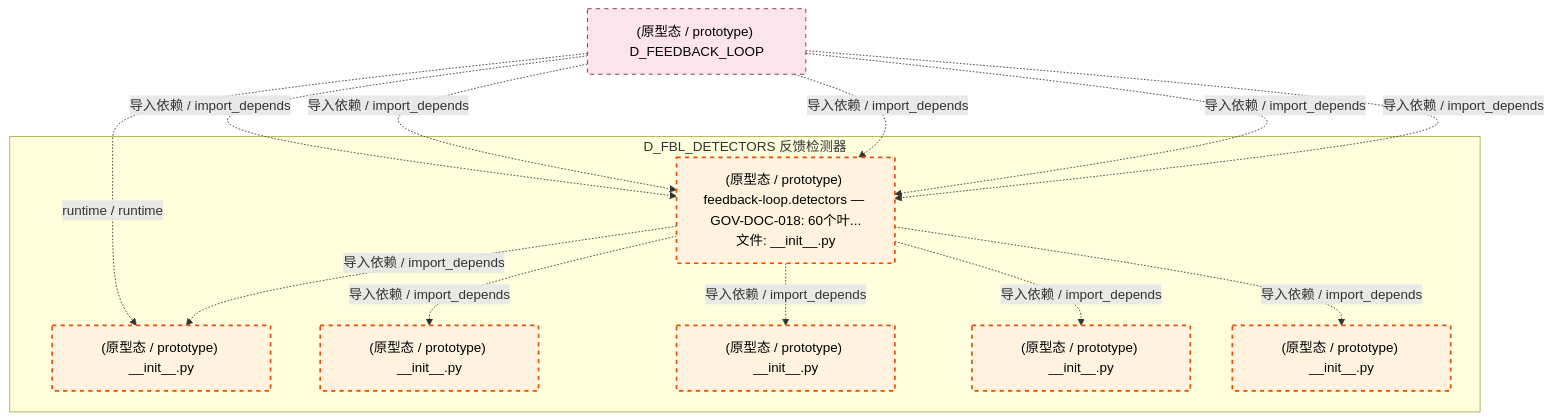
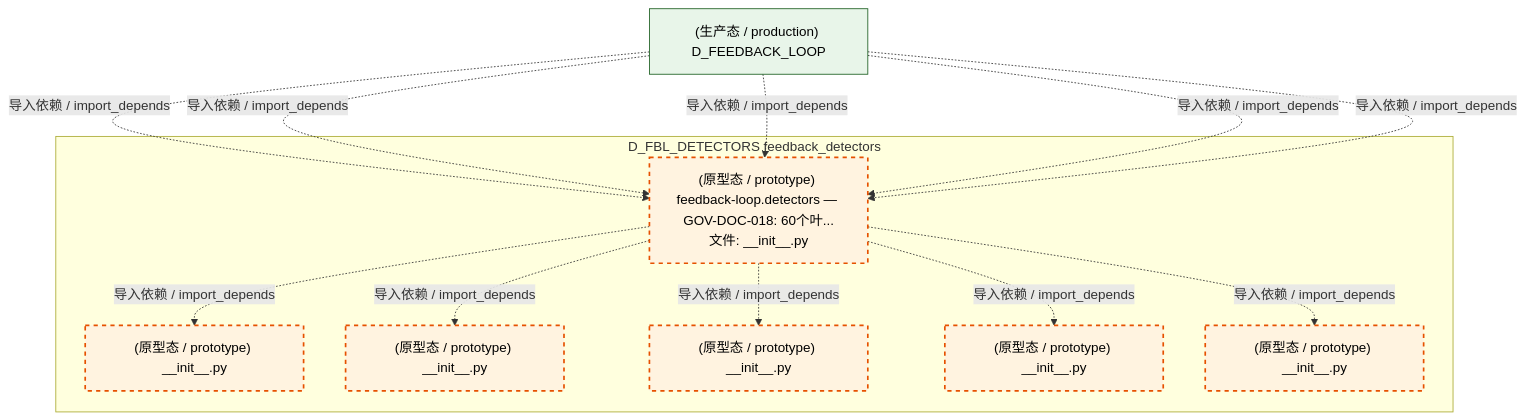
The fifth of 6 diagrams in docs/02_enterprise_architecture/02_domain_architecture_docs/11_d_fbl_detectors.md (xuanFelixVan/ZephyrAlpha), drawn with Mermaid before and after one commit. The commit also changed other lines of this file and 115 other files, not shown here.

````diff
--- a/docs/02_enterprise_architecture/02_domain_architecture_docs/11_d_fbl_detectors.md
+++ b/docs/02_enterprise_architecture/02_domain_architecture_docs/11_d_fbl_detectors.md
@@ -337,29 +336,28 @@
 ```mermaid
 graph TD
-    subgraph D_FBL_DETECTORS["D_FBL_DETECTORS 反馈检测器"]
+    subgraph D_FBL_DETECTORS["D_FBL_DETECTORS feedback_detectors"]
         src_zephyr_feedback_loop_detectors_init_py["(原型态 / prototype) feedback-loop.detectors — GOV-DOC-018: 60个叶...<br/>文件: __init__.py"]
         src_zephyr_feedback_loop_detectors_anomaly_init_py["(原型态 / prototype) __init__.py"]
         src_zephyr_feedback_loop_detectors_correlation_init_py["(原型态 / prototype) __init__.py"]
         src_zephyr_feedback_loop_detectors_drift_init_py["(原型态 / prototype) __init__.py"]
         src_zephyr_feedback_loop_detectors_guard_init_py["(原型态 / prototype) __init__.py"]
         src_zephyr_feedback_loop_detectors_reliability_init_py["(原型态 / prototype) __init__.py"]
     end
+    src_zephyr_feedback_loop_detectors_init_py -.->|导入依赖 / import_depends| src_zephyr_feedback_loop_detectors_anomaly_init_py
     src_zephyr_feedback_loop_detectors_init_py -.->|导入依赖 / import_depends| src_zephyr_feedback_loop_detectors_correlation_init_py
-    src_zephyr_feedback_loop_detectors_init_py -.->|导入依赖 / import_depends| src_zephyr_feedback_loop_detectors_anomaly_init_py
+    src_zephyr_feedback_loop_detectors_init_py -.->|导入依赖 / import_depends| src_zephyr_feedback_loop_detectors_drift_init_py
+    src_zephyr_feedback_loop_detectors_init_py -.->|导入依赖 / import_depends| src_zephyr_feedback_loop_detectors_guard_init_py
     src_zephyr_feedback_loop_detectors_init_py -.->|导入依赖 / import_depends| src_zephyr_feedback_loop_detectors_reliability_init_py
-    src_zephyr_feedback_loop_detectors_init_py -.->|导入依赖 / import_depends| src_zephyr_feedback_loop_detectors_guard_init_py
-    src_zephyr_feedback_loop_detectors_init_py -.->|导入依赖 / import_depends| src_zephyr_feedback_loop_detectors_drift_init_py
-    D_FEEDBACK_LOOP["(原型态 / prototype) D_FEEDBACK_LOOP"]
-    D_FEEDBACK_LOOP -.->|runtime / runtime| src_zephyr_feedback_loop_detectors_correlation_init_py
+    D_FEEDBACK_LOOP["(生产态 / production) D_FEEDBACK_LOOP"]
     D_FEEDBACK_LOOP -.->|导入依赖 / import_depends| src_zephyr_feedback_loop_detectors_init_py
     D_FEEDBACK_LOOP -.->|导入依赖 / import_depends| src_zephyr_feedback_loop_detectors_init_py
     D_FEEDBACK_LOOP -.->|导入依赖 / import_depends| src_zephyr_feedback_loop_detectors_init_py
     D_FEEDBACK_LOOP -.->|导入依赖 / import_depends| src_zephyr_feedback_loop_detectors_init_py
     D_FEEDBACK_LOOP -.->|导入依赖 / import_depends| src_zephyr_feedback_loop_detectors_init_py
     classDef production fill:#e1f5fe,stroke:#01579b,stroke-width:2px,color:#000
     classDef design fill:#fff3e0,stroke:#e65100,stroke-width:2px,color:#000,stroke-dasharray: 5 5
     classDef external_prod fill:#e8f5e9,stroke:#1b5e20,stroke-width:1px,color:#000
     classDef external_design fill:#fce4ec,stroke:#880e4f,stroke-width:1px,color:#000,stroke-dasharray: 5 5
     class src_zephyr_feedback_loop_detectors_init_py,src_zephyr_feedback_loop_detectors_anomaly_init_py,src_zephyr_feedback_loop_detectors_correlation_init_py,src_zephyr_feedback_loop_detectors_drift_init_py,src_zephyr_feedback_loop_detectors_guard_init_py,src_zephyr_feedback_loop_detectors_reliability_init_py design
-    class D_FEEDBACK_LOOP external_design
+    class D_FEEDBACK_LOOP external_prod
 ```
````
